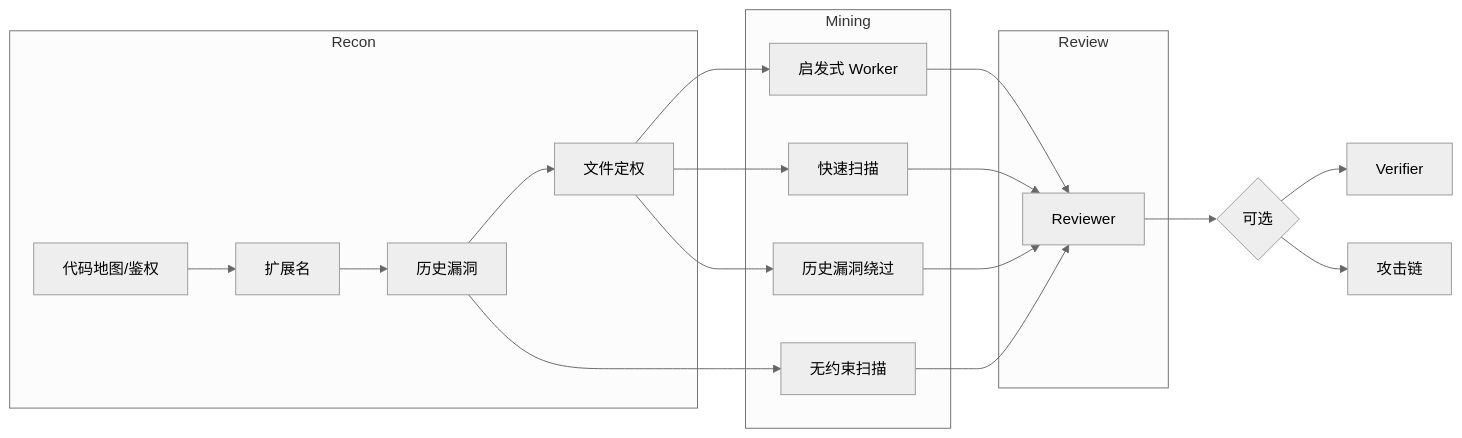
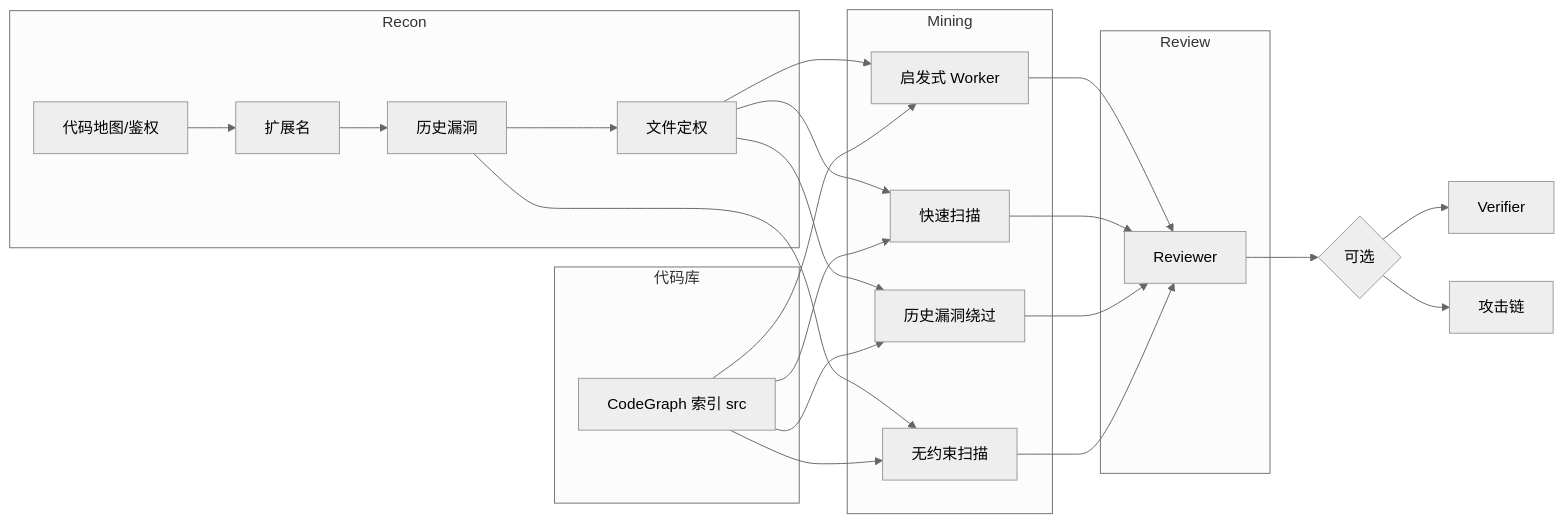
The diagram in docs/DESIGN.md (1diot9/VulnHunter-White), drawn with Mermaid (neutral theme) before and after one commit. The commit also changed other lines of this file and 64 other files, not shown here.

````diff
--- a/docs/DESIGN.md
+++ b/docs/DESIGN.md
@@ -421,23 +426,30 @@
 ```mermaid
 flowchart LR
   subgraph Recon
     A[代码地图/鉴权] --> B[扩展名]
     B --> C[历史漏洞]
     C --> D[文件定权]
   end
+  subgraph CodeIntel[代码库]
+    CI[CodeGraph 索引 src]
+  end
   subgraph Mining
     D --> E[启发式 Worker]
     D --> F[快速扫描]
     D --> G[历史漏洞绕过]
     C --> U[无约束扫描]
+    CI --> E
+    CI --> F
+    CI --> G
+    CI --> U
   end
   subgraph Review
     E --> H[Reviewer]
     F --> H
     G --> H
     U --> H
   end
   H --> I{可选}
   I --> J[Verifier]
   I --> K[攻击链]
 ```
````
